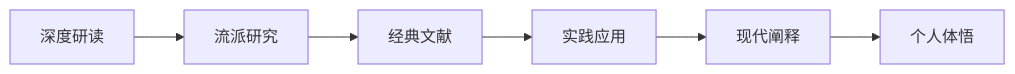
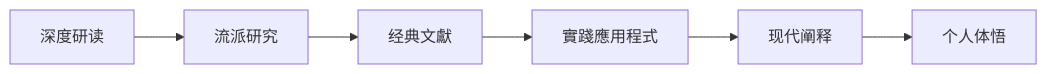
Before and after one commit to kmjade/knowledge-value: the fourth of 5 diagrams in 3 Resources/04-Interests/易学/易学知识库导航.md, drawn with Mermaid. The commit also changed other lines of this file and 653 other files, not shown here.

````diff
--- a/3 Resources/04-Interests/易学/易学知识库导航.md
+++ b/3 Resources/04-Interests/易学/易学知识库导航.md
@@ -119,8 +119,8 @@
 ```mermaid
 graph LR
     A[深度研读] --> B[流派研究]
-    B --> C[经典文献]
-    C --> D[实践应用]
+    B --> C[经典文獻]
+    C --> D[實踐應用程式]
     D --> E[现代阐释]
     E --> F[个人体悟]
 ```
````
